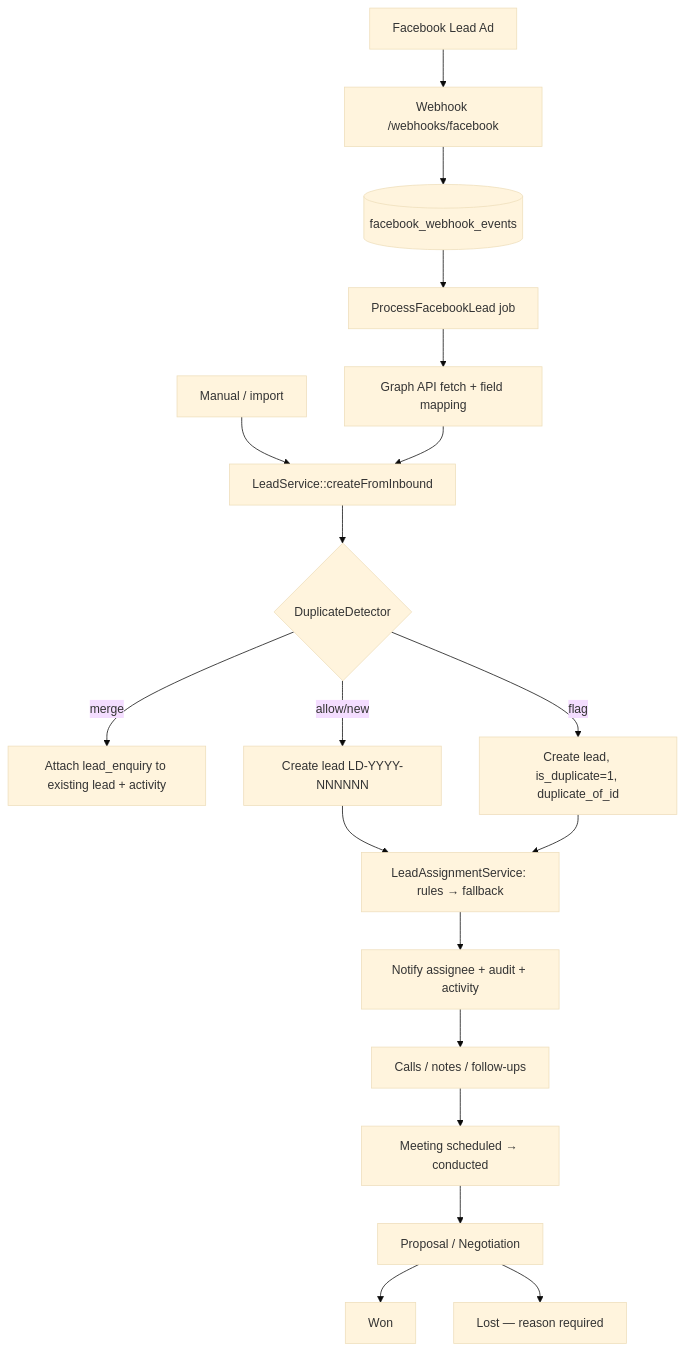
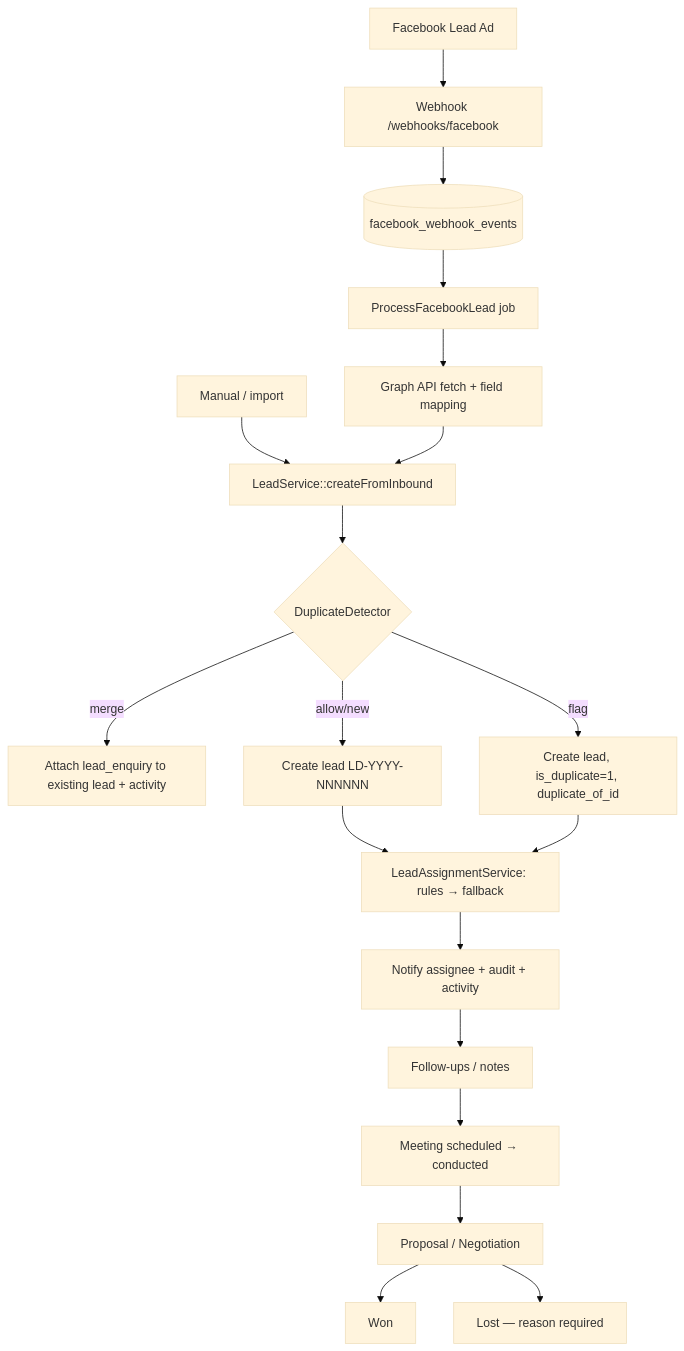
One commit to Pawanks7861/salescrm changed the second of 2 diagrams in docs/CRM_ARCHITECTURE.md. Above: the diagram before and after it, drawn with Mermaid (base theme). The commit also changed other lines of this file and 161 other files, not shown here.

````diff
--- a/docs/CRM_ARCHITECTURE.md
+++ b/docs/CRM_ARCHITECTURE.md
@@ -302,21 +299,21 @@
 ```mermaid
 flowchart TD
   FB[Facebook Lead Ad] --> WH[Webhook /webhooks/facebook]
   WH --> EV[(facebook_webhook_events)]
   EV --> JOB[ProcessFacebookLead job]
   JOB --> GR[Graph API fetch + field mapping]
   MAN[Manual / import] --> SVC
   GR --> SVC[LeadService::createFromInbound]
   SVC --> DUP{DuplicateDetector}
   DUP -- merge --> ENQ[Attach lead_enquiry to existing lead + activity]
   DUP -- flag --> NEWF[Create lead, is_duplicate=1, duplicate_of_id]
   DUP -- allow/new --> NEW[Create lead LD-YYYY-NNNNNN]
   NEW --> ASG[LeadAssignmentService: rules → fallback]
   NEWF --> ASG
   ASG --> NOTIFY[Notify assignee + audit + activity]
-  NOTIFY --> WORK[Calls / notes / follow-ups]
+  NOTIFY --> WORK[Follow-ups / notes]
   WORK --> MEET[Meeting scheduled → conducted]
   MEET --> PROP[Proposal / Negotiation]
   PROP --> WON[Won]
   PROP --> LOST[Lost — reason required]
 ```
````
